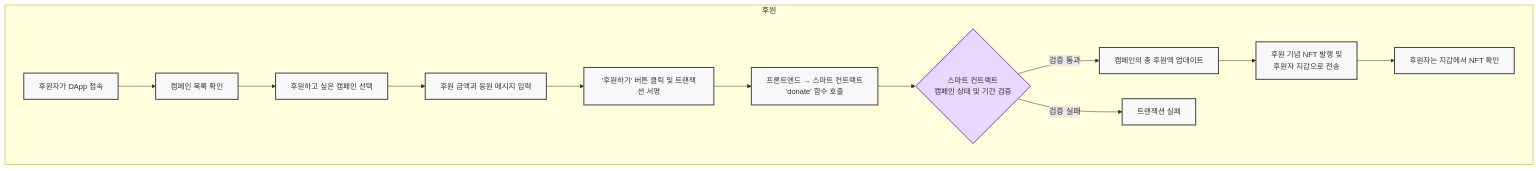
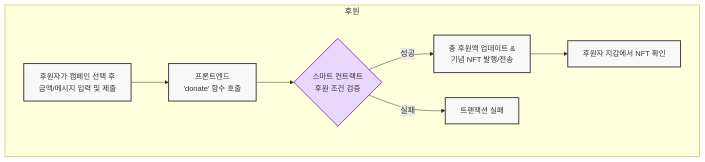
One commit to dolf3131/2025-Blockthon changed the second of 3 diagrams in 2025-Blockthon.md. Above: the diagram before and after it, drawn with Mermaid. The commit also changed other lines of this file, not shown here.

````diff
--- a/2025-Blockthon.md
+++ b/2025-Blockthon.md
@@ -31,23 +28,18 @@
 ```mermaid
 graph TD
     subgraph "후원"
-        A[후원자가 DApp 접속] --> B[캠페인 목록 확인];
-        B --> C[후원하고 싶은 캠페인 선택];
-        C --> D[후원 금액과 응원 메시지 입력];
-        D --> E['후원하기' 버튼 클릭 및 트랜잭션 서명];
-        E --> F[프론트엔드 → 스마트 컨트랙트<br/>'donate' 함수 호출];
-        F --> G{스마트 컨트랙트<br/>캠페인 상태 및 기간 검증};
-        G -- 검증 통과 --> H[캠페인의 총 후원액 업데이트];
-        H --> I[후원 기념 NFT 발행 및<br/>후원자 지갑으로 전송];
-        I --> J[후원자는 지갑에서 NFT 확인];
-        G -- 검증 실패 --> K[트랜잭션 실패];
+        A[후원자가 캠페인 선택 후<br/>금액/메시지 입력 및 제출] --> B[프론트엔드<br/>'donate' 함수 호출];
+        B --> C{스마트 컨트랙트<br/>후원 조건 검증};
+        C -- 성공 --> D[총 후원액 업데이트 &<br/>기념 NFT 발행/전송];
+        D --> E[후원자 지갑에서 NFT 확인];
+        C -- 실패 --> F[트랜잭션 실패];
     end
 
     %% --- 스타일 정의 ---
     classDef defaultNode fill:#f8f8f8,stroke:#444,stroke-width:2px,font-size:15px
     classDef conditionNode fill:#e9d8fd,stroke:#8e44ad,stroke-width:2px,font-size:15px
 
     %% --- 스타일 적용 ---
-    class A,B,C,D,E,F,H,I,J,K defaultNode
-    class G conditionNode
+    class A,B,D,E,F defaultNode
+    class C conditionNode
 ```
````
